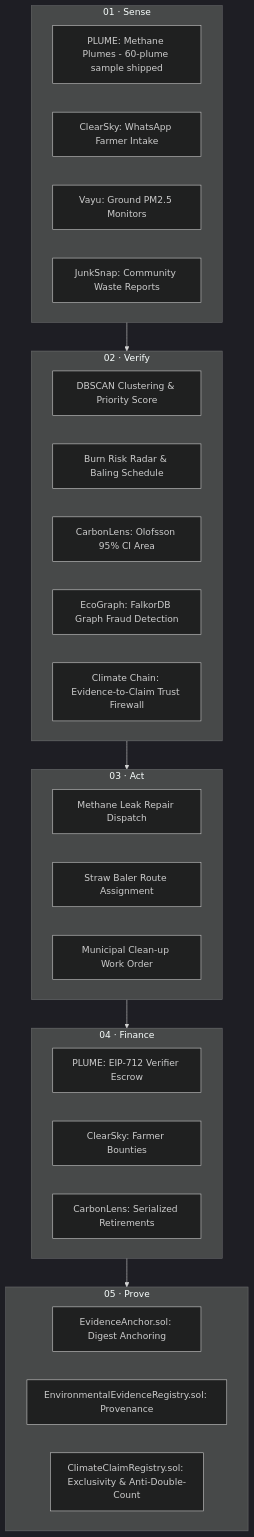
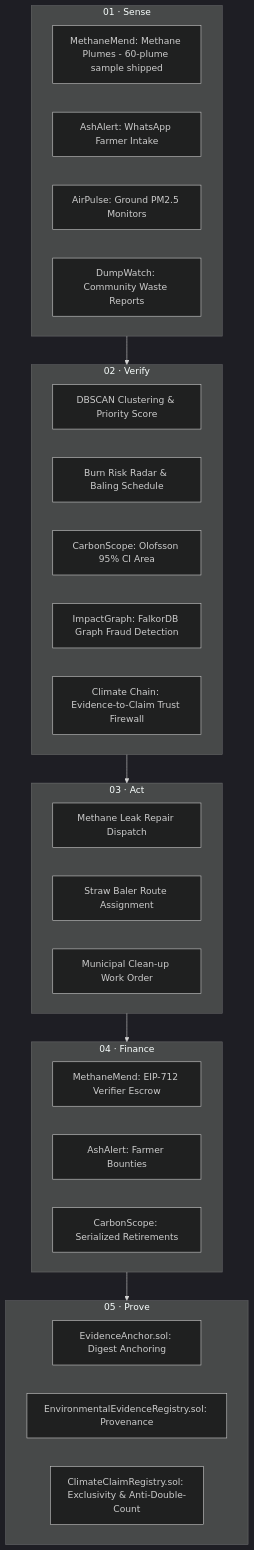
The diagram in climate-chain/docs/SCIENTIFIC_EVIDENCE_BENCHMARKS.md (victrvondoom/CLIMATE-CHAIN), drawn with Mermaid (dark theme) before and after one commit. The commit also changed other lines of this file and 181 other files, not shown here.

````diff
--- a/climate-chain/docs/SCIENTIFIC_EVIDENCE_BENCHMARKS.md
+++ b/climate-chain/docs/SCIENTIFIC_EVIDENCE_BENCHMARKS.md
@@ -76,37 +76,37 @@
 ```mermaid
 flowchart TD
   subgraph Sense["01 · Sense"]
-    S1[PLUME: Methane Plumes - 60-plume sample shipped]
-    S2[ClearSky: WhatsApp Farmer Intake]
-    S3[Vayu: Ground PM2.5 Monitors]
-    S4[JunkSnap: Community Waste Reports]
+    S1[MethaneMend: Methane Plumes - 60-plume sample shipped]
+    S2[AshAlert: WhatsApp Farmer Intake]
+    S3[AirPulse: Ground PM2.5 Monitors]
+    S4[DumpWatch: Community Waste Reports]
   end
 
   subgraph Verify["02 · Verify"]
     V1[DBSCAN Clustering & Priority Score]
     V2[Burn Risk Radar & Baling Schedule]
-    V3[CarbonLens: Olofsson 95% CI Area]
-    V4[EcoGraph: FalkorDB Graph Fraud Detection]
+    V3[CarbonScope: Olofsson 95% CI Area]
+    V4[ImpactGraph: FalkorDB Graph Fraud Detection]
     V5[Climate Chain: Evidence-to-Claim Trust Firewall]
   end
 
   subgraph Act["03 · Act"]
     A1[Methane Leak Repair Dispatch]
     A2[Straw Baler Route Assignment]
     A3[Municipal Clean-up Work Order]
   end
 
   subgraph Finance["04 · Finance"]
-    F1[PLUME: EIP-712 Verifier Escrow]
-    F2[ClearSky: Farmer Bounties]
-    F3[CarbonLens: Serialized Retirements]
+    F1[MethaneMend: EIP-712 Verifier Escrow]
+    F2[AshAlert: Farmer Bounties]
+    F3[CarbonScope: Serialized Retirements]
   end
 
   subgraph Prove["05 · Prove"]
     P1[EvidenceAnchor.sol: Digest Anchoring]
     P2[EnvironmentalEvidenceRegistry.sol: Provenance]
     P3[ClimateClaimRegistry.sol: Exclusivity & Anti-Double-Count]
   end
 
   Sense --> Verify --> Act --> Finance --> Prove
 ```
````
